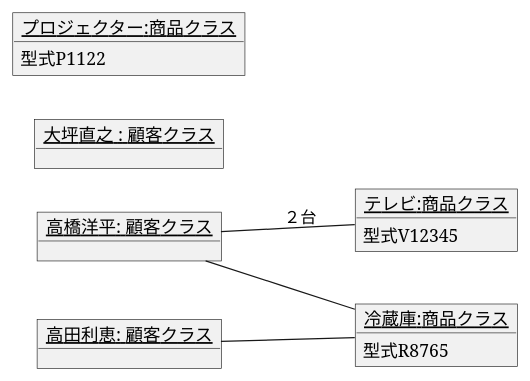
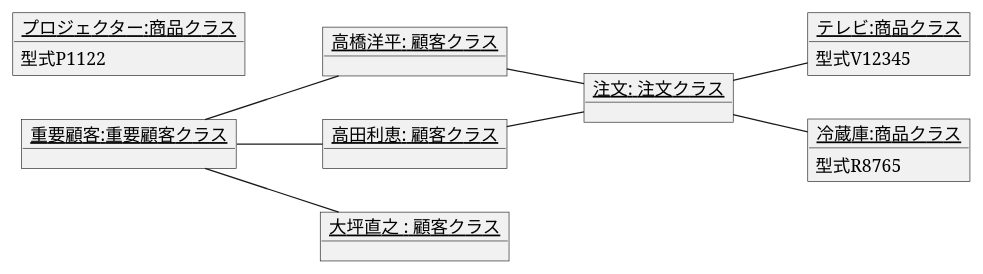
Before and after one commit to itouayumu/uml-introduction-: the diagram in 演習3-7_OBJ_注文のオブジェクト図.pu, drawn with PlantUML.

Commit message:
修正

```diff
--- a/演習3-7_OBJ_注文のオブジェクト図.pu
+++ b/演習3-7_OBJ_注文のオブジェクト図.pu
@@ -1,25 +1,34 @@
 @startuml
 left to right direction
 object "<u>高橋洋平: 顧客クラス</u>" as k0 {
 
+}
 
+object "<u>注文: 注文クラス</u>" as k6{
 }
 object "<u>高田利恵: 顧客クラス</u>" as k1 {
 
 }
 object "<u>大坪直之 : 顧客クラス</u>" as k2{
 
 }
 object "<u>テレビ:商品クラス</u>" as k3{
     型式V12345   
 }
 object "<u>冷蔵庫:商品クラス</u>" as k4{   
     型式R8765
 }
 object "<u>プロジェクター:商品クラス</u>" as k5{   
     型式P1122
 }
-k0--k3:２台
-k0--k4
-k1--k4
+object "<u>重要顧客:重要顧客クラス</u>" as k7{   
+    
+}
+k7--k0
+k7--k1
+k7--k2
+k0--k6
+k1--k6
+k6--k3
+k6--k4
 @enduml
```
